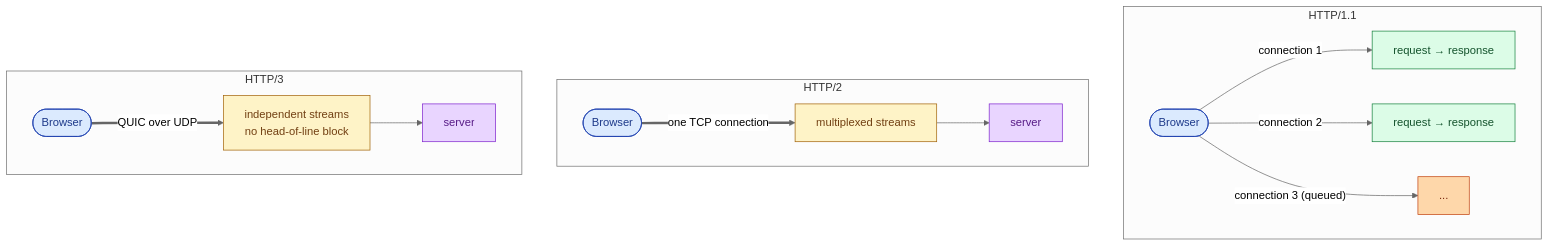
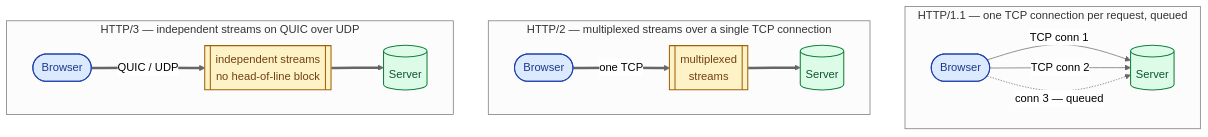
One commit to shiningflash/shiningflash.github.io changed the diagram in _sd_concepts/002-http2-and-http3.md. Above: the diagram before and after it, drawn with Mermaid (neutral theme). The commit also changed 5 other files, not shown here.

First line of the commit message:
Improve mermaid diagrams across the six live concept pages

````diff
--- a/_sd_concepts/002-http2-and-http3.md
+++ b/_sd_concepts/002-http2-and-http3.md
@@ -22,30 +22,28 @@
 ```mermaid
 flowchart TB
-    subgraph H1["HTTP/1.1"]
+    subgraph H1["HTTP/1.1 — one TCP connection per request, queued"]
         direction LR
-        C1(["Browser"]):::c
-        C1 -->|"connection 1"| S1A["request → response"]:::r
-        C1 -->|"connection 2"| S1B["request → response"]:::r
-        C1 -->|"connection 3 (queued)"| S1C["..."]:::q
+        C1(["Browser"]):::client
+        C1 -->|"TCP conn 1"| S1[("Server")]:::server
+        C1 -->|"TCP conn 2"| S1
+        C1 -.->|"conn 3 — queued"| S1
     end
 
-    subgraph H2["HTTP/2"]
+    subgraph H2["HTTP/2 — multiplexed streams over a single TCP connection"]
         direction LR
-        C2(["Browser"]):::c
-        C2 ==>|"one TCP connection"| MUX["multiplexed streams"]:::mux
-        MUX --> S2["server"]:::s
+        C2(["Browser"]):::client
+        C2 ==>|"one TCP"| MUX2[["multiplexed<br/>streams"]]:::infra
+        MUX2 ==> S2[("Server")]:::server
     end
 
-    subgraph H3["HTTP/3"]
+    subgraph H3["HTTP/3 — independent streams on QUIC over UDP"]
         direction LR
-        C3(["Browser"]):::c
-        C3 ==>|"QUIC over UDP"| IND["independent streams<br/>no head-of-line block"]:::mux
-        IND --> S3["server"]:::s
+        C3(["Browser"]):::client
+        C3 ==>|"QUIC / UDP"| MUX3[["independent streams<br/>no head-of-line block"]]:::infra
+        MUX3 ==> S3[("Server")]:::server
     end
 
-    classDef c fill:#dbeafe,stroke:#1e40af,color:#1e3a8a
-    classDef r fill:#dcfce7,stroke:#15803d,color:#14532d
-    classDef q fill:#fed7aa,stroke:#c2410c,color:#7c2d12
-    classDef mux fill:#fef3c7,stroke:#a16207,color:#713f12
-    classDef s fill:#e9d5ff,stroke:#7e22ce,color:#581c87
+    classDef client fill:#dbeafe,stroke:#1e40af,color:#1e3a8a,stroke-width:1.5px
+    classDef server fill:#dcfce7,stroke:#15803d,color:#14532d,stroke-width:1.5px
+    classDef infra fill:#fef3c7,stroke:#a16207,color:#713f12,stroke-width:1.5px
 ```
````
